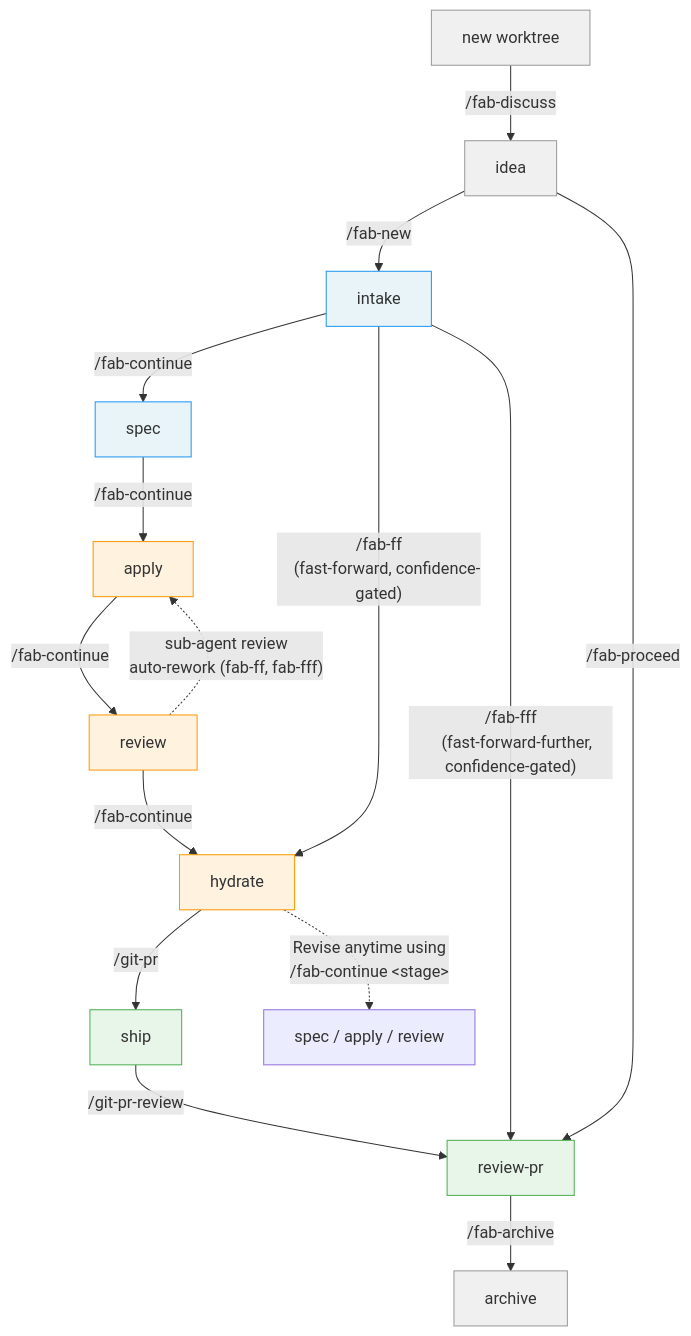
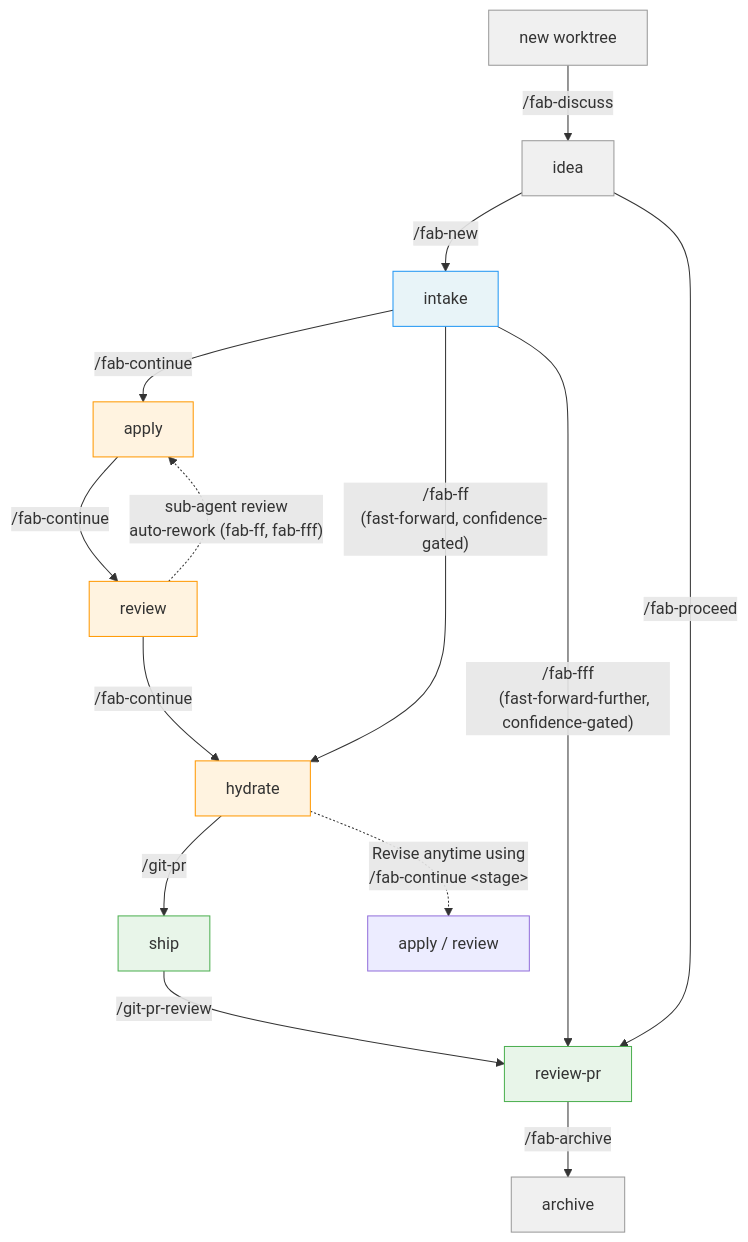
Before and after one commit to sahil87/fab-kit: the second of 4 diagrams in docs/specs/user-flow.md, drawn with Mermaid. The commit also changed other lines of this file and 74 other files, not shown here.

First line of the commit message:
refactor: merge spec stage into apply, frontload SRAD to intake

````diff
--- a/docs/specs/user-flow.md
+++ b/docs/specs/user-flow.md
@@ -42,41 +40,39 @@
 ```mermaid
 flowchart TD
     WT[new worktree] -->|"/fab-discuss"| IDEA[idea]
     IDEA -->|"/fab-new"| B[intake]
-    B -->|"/fab-continue"| S[spec]
-    S -->|"/fab-continue"| A[apply]
+    B -->|"/fab-continue"| A[apply]
     A -->|"/fab-continue"| R[review]
     R -->|"/fab-continue"| H[hydrate]
     H -->|"/git-pr"| SH[ship]
     SH -->|"/git-pr-review"| RP[review-pr]
 
     %% Post-pipeline housekeeping
     RP -->|"/fab-archive"| AR[archive]
 
     %% Shortcuts
     B -->|"/fab-ff
     (fast-forward, confidence-gated)"| H
     B -->|"/fab-fff
     (fast-forward-further, confidence-gated)"| RP
     IDEA -->|"/fab-proceed"| RP
 
     %% Apply-review loop (sub-agent review with auto-rework)
     R -.->|"sub-agent review
     auto-rework (fab-ff, fab-fff)"| A
 
     %% Rework (reset to any earlier stage)
     H -.->|"Revise anytime using
-    /fab-continue &lt;stage&gt;"| REWORK["spec / apply / review"]
+    /fab-continue &lt;stage&gt;"| REWORK["apply / review"]
 
     %% Styles
     style WT fill:#f0f0f0,stroke:#999
     style IDEA fill:#f0f0f0,stroke:#999
     style B fill:#e8f4f8,stroke:#2196F3
-    style S fill:#e8f4f8,stroke:#2196F3
     style A fill:#fff3e0,stroke:#FF9800
     style R fill:#fff3e0,stroke:#FF9800
     style H fill:#fff3e0,stroke:#FF9800
     style SH fill:#e8f5e9,stroke:#4CAF50
     style RP fill:#e8f5e9,stroke:#4CAF50
     style AR fill:#f0f0f0,stroke:#999
 ```
````
